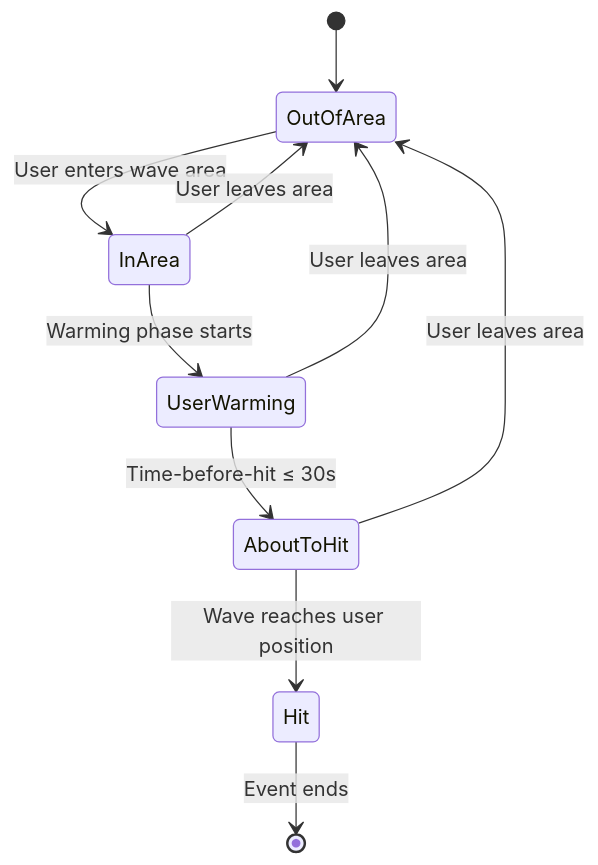
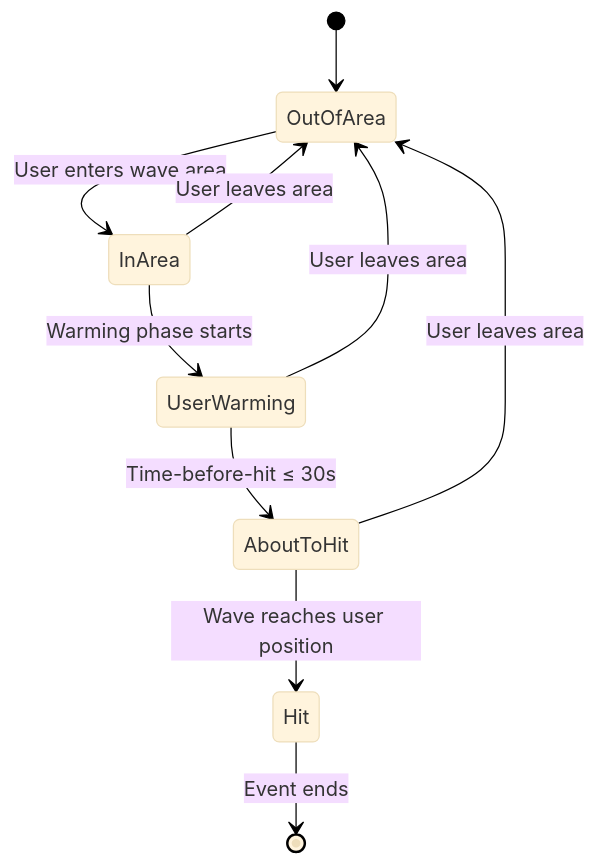
Before and after one commit to drwave-www/WorldWideWaves: the second of 2 diagrams in docs/architecture/wave-hit-detection-system.md, drawn with Mermaid. The commit also changed other lines of this file and 8 other files, not shown here.

First line of the commit message:
docs: migrate all mermaid diagrams to white background

````diff
--- a/docs/architecture/wave-hit-detection-system.md
+++ b/docs/architecture/wave-hit-detection-system.md
@@ -97,13 +98,14 @@
 ```mermaid
+%%{init: {'theme':'base', 'themeVariables': { 'background':'#ffffff'}}}%%
 stateDiagram-v2
     [*] --> OutOfArea
     OutOfArea --> InArea: User enters wave area
     InArea --> UserWarming: Warming phase starts
     UserWarming --> AboutToHit: Time-before-hit ≤ 30s
     AboutToHit --> Hit: Wave reaches user position
     Hit --> [*]: Event ends
 
     InArea --> OutOfArea: User leaves area
     UserWarming --> OutOfArea: User leaves area
     AboutToHit --> OutOfArea: User leaves area
 ```
````
